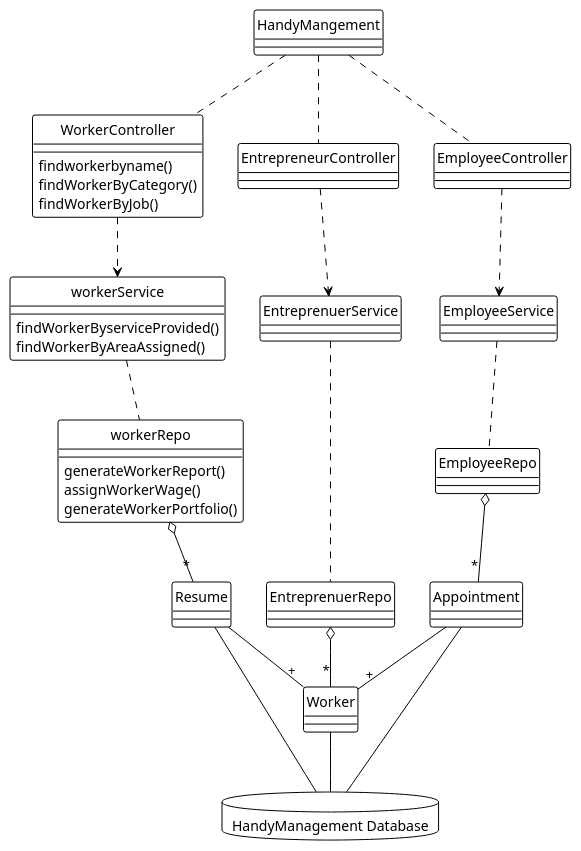
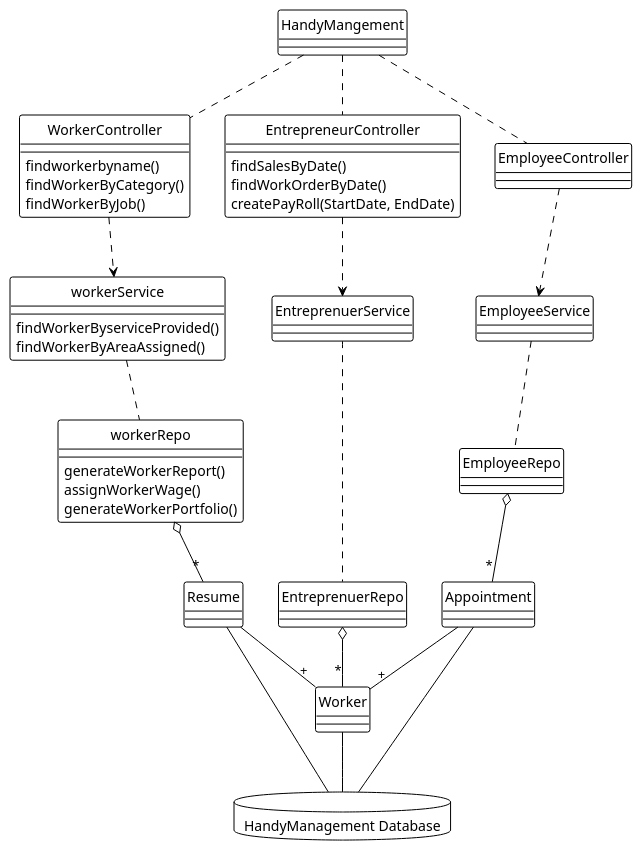
The diagram in handyManagement.puml (CPA-Developer/ProjectRepo), drawn with PlantUML before and after one commit.

```diff
--- a/handyManagement.puml
+++ b/handyManagement.puml
@@ -1,79 +1,81 @@
 @startuml Handy Mangement
 skinparam style Strictuml
 
 !theme plain
 
 
 class HandyMangement {
 
 }
 
 
 class WorkerController {
    findworkerbyname()
    findWorkerByCategory()
    findWorkerByJob()
 
     
 }
 
 class EntrepreneurController {
-   
+     findSalesByDate()
+   findWorkOrderByDate()
+   createPayRoll(StartDate, EndDate)
 }
 
 class EmployeeController {
 
 }
 
 class workerService{
    findWorkerByserviceProvided()
    findWorkerByAreaAssigned()
 
 }
 class workerRepo{
    generateWorkerReport()
    assignWorkerWage()
    generateWorkerPortfolio()
 }
 
 class EmployeeService{}
 class EmployeeRepo{}
 
 class EntreprenuerService{}
 class EntreprenuerRepo{}
 
 database "HandyManagement Database"{
 }
 
 
 HandyMangement .. WorkerController
 HandyMangement .. EntrepreneurController
 HandyMangement .. EmployeeController
 
 
 WorkerController ..> workerService
 EntrepreneurController ..> EntreprenuerService
 EmployeeController ..> EmployeeService
 
 
 workerService .. workerRepo
 EmployeeService .. EmployeeRepo
 EntreprenuerService .. EntreprenuerRepo
 
 workerRepo o--"*" Resume 
 EntreprenuerRepo o--"*" Worker 
 
 EmployeeRepo o--"*" Appointment 
 Appointment --"+" Worker
 
 Resume --"+" Worker
 
 Worker -- "HandyManagement Database"
 Appointment -- "HandyManagement Database"
 Resume -- "HandyManagement Database"
 
 
 
 
 
 @enduml
```
